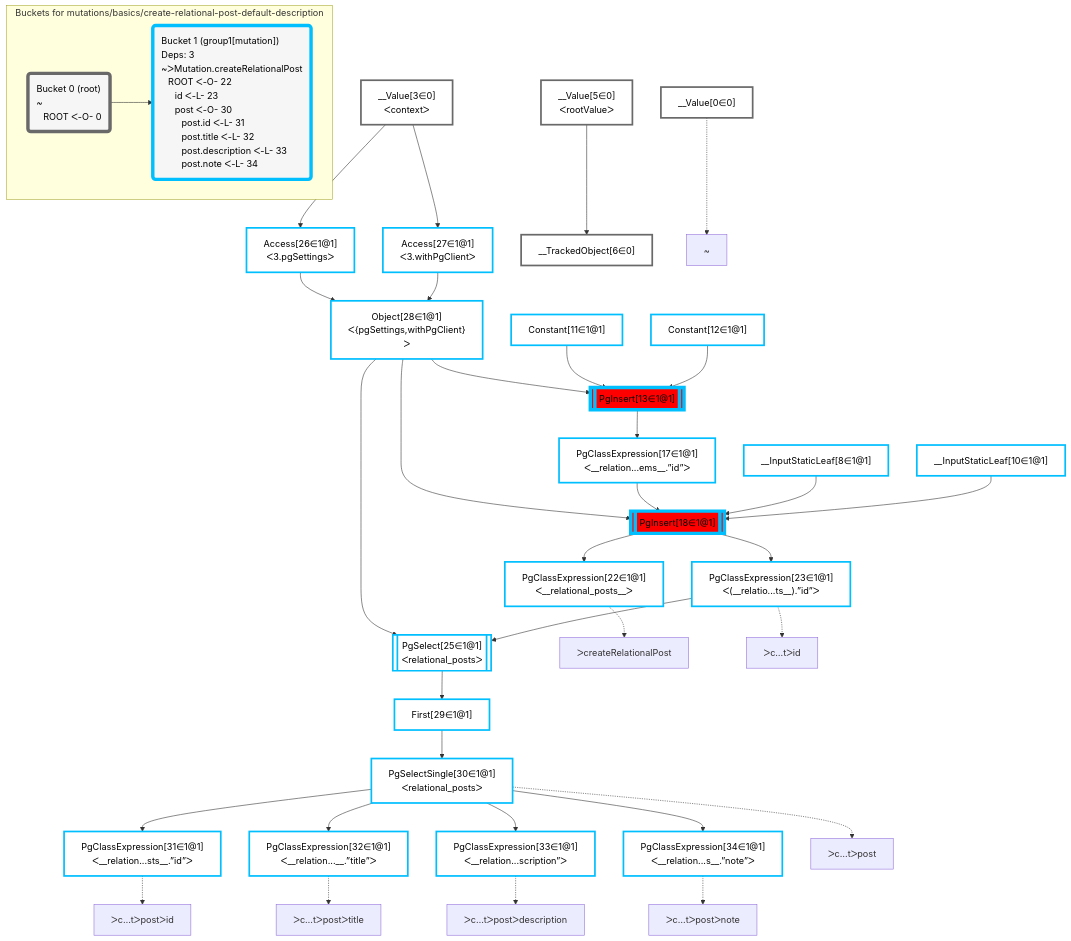
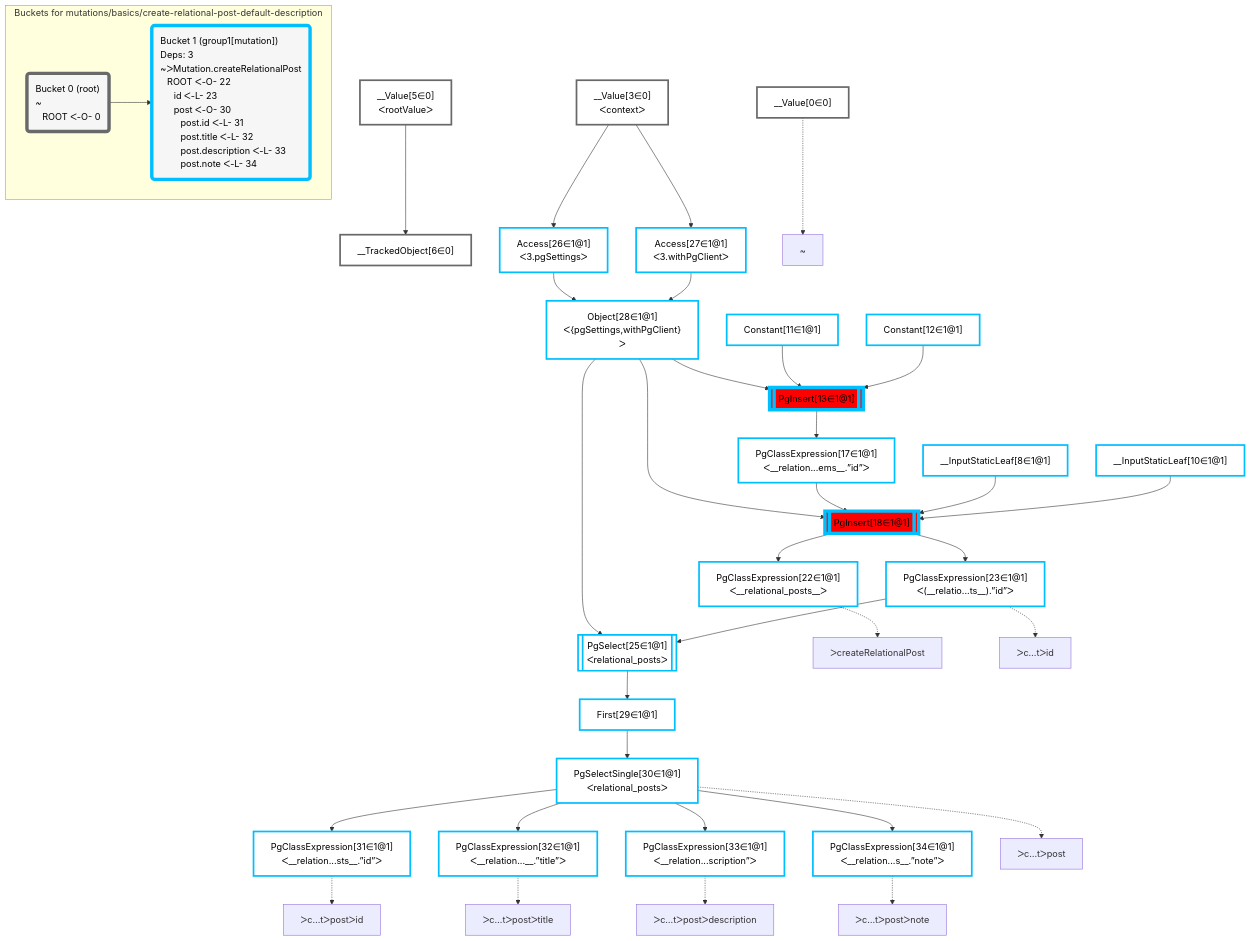
Before and after one commit to graphile/crystal: the diagram in packages/dataplan-pg/__tests__/mutations/basics/create-relational-post-default-description.mermaid.md, drawn with Mermaid. The commit also changed other lines of this file and 195 other files, not shown here.

Commit message:
Reorder graphs

````diff
--- a/packages/dataplan-pg/__tests__/mutations/basics/create-relational-post-default-description.mermaid.md
+++ b/packages/dataplan-pg/__tests__/mutations/basics/create-relational-post-default-description.mermaid.md
@@ -1,80 +1,80 @@
 ```mermaid
 graph TD
     classDef path fill:#eee,stroke:#000,color:#000
     classDef plan fill:#fff,stroke-width:3px,color:#000
     classDef itemplan fill:#fff,stroke-width:6px,color:#000
     classDef sideeffectplan fill:#f00,stroke-width:6px,color:#000
     classDef bucket fill:#f6f6f6,color:#000,stroke-width:6px,text-align:left
 
 
     %% define plans
     __Value0["__Value[0∈0]"]:::plan
+    __Value3["__Value[3∈0]<br />ᐸcontextᐳ"]:::plan
+    __Value5["__Value[5∈0]<br />ᐸrootValueᐳ"]:::plan
+    __TrackedObject6["__TrackedObject[6∈0]"]:::plan
+    __InputStaticLeaf8["__InputStaticLeaf[8∈1@1]"]:::plan
+    __InputStaticLeaf10["__InputStaticLeaf[10∈1@1]"]:::plan
+    Constant11["Constant[11∈1@1]"]:::plan
+    Constant12["Constant[12∈1@1]"]:::plan
+    Access26["Access[26∈1@1]<br />ᐸ3.pgSettingsᐳ"]:::plan
+    Access27["Access[27∈1@1]<br />ᐸ3.withPgClientᐳ"]:::plan
+    Object28["Object[28∈1@1]<br />ᐸ{pgSettings,withPgClient}ᐳ"]:::plan
+    PgInsert13[["PgInsert[13∈1@1]"]]:::sideeffectplan
+    PgClassExpression17["PgClassExpression[17∈1@1]<br />ᐸ__relation...ems__.”id”ᐳ"]:::plan
+    PgInsert18[["PgInsert[18∈1@1]"]]:::sideeffectplan
     PgClassExpression22["PgClassExpression[22∈1@1]<br />ᐸ__relational_posts__ᐳ"]:::plan
+    PgClassExpression23["PgClassExpression[23∈1@1]<br />ᐸ(__relatio...ts__).”id”ᐳ"]:::plan
+    PgSelect25[["PgSelect[25∈1@1]<br />ᐸrelational_postsᐳ"]]:::plan
+    First29["First[29∈1@1]"]:::plan
+    PgSelectSingle30["PgSelectSingle[30∈1@1]<br />ᐸrelational_postsᐳ"]:::plan
     PgClassExpression31["PgClassExpression[31∈1@1]<br />ᐸ__relation...sts__.”id”ᐳ"]:::plan
     PgClassExpression32["PgClassExpression[32∈1@1]<br />ᐸ__relation...__.”title”ᐳ"]:::plan
     PgClassExpression33["PgClassExpression[33∈1@1]<br />ᐸ__relation...scription”ᐳ"]:::plan
     PgClassExpression34["PgClassExpression[34∈1@1]<br />ᐸ__relation...s__.”note”ᐳ"]:::plan
-    PgSelectSingle30["PgSelectSingle[30∈1@1]<br />ᐸrelational_postsᐳ"]:::plan
-    First29["First[29∈1@1]"]:::plan
-    PgSelect25[["PgSelect[25∈1@1]<br />ᐸrelational_postsᐳ"]]:::plan
-    PgClassExpression23["PgClassExpression[23∈1@1]<br />ᐸ(__relatio...ts__).”id”ᐳ"]:::plan
-    PgInsert18[["PgInsert[18∈1@1]"]]:::sideeffectplan
-    PgClassExpression17["PgClassExpression[17∈1@1]<br />ᐸ__relation...ems__.”id”ᐳ"]:::plan
-    PgInsert13[["PgInsert[13∈1@1]"]]:::sideeffectplan
-    Object28["Object[28∈1@1]<br />ᐸ{pgSettings,withPgClient}ᐳ"]:::plan
-    Access26["Access[26∈1@1]<br />ᐸ3.pgSettingsᐳ"]:::plan
-    Access27["Access[27∈1@1]<br />ᐸ3.withPgClientᐳ"]:::plan
-    __Value3["__Value[3∈0]<br />ᐸcontextᐳ"]:::plan
-    __TrackedObject6["__TrackedObject[6∈0]"]:::plan
-    __Value5["__Value[5∈0]<br />ᐸrootValueᐳ"]:::plan
-    __InputStaticLeaf8["__InputStaticLeaf[8∈1@1]"]:::plan
-    __InputStaticLeaf10["__InputStaticLeaf[10∈1@1]"]:::plan
-    Constant11["Constant[11∈1@1]"]:::plan
-    Constant12["Constant[12∈1@1]"]:::plan
 
     %% plan dependencies
+    __Value5 --> __TrackedObject6
+    __Value3 --> Access26
+    __Value3 --> Access27
+    Access26 & Access27 --> Object28
+    Object28 & Constant11 & Constant12 --> PgInsert13
+    PgInsert13 --> PgClassExpression17
+    Object28 & PgClassExpression17 & __InputStaticLeaf8 & __InputStaticLeaf10 --> PgInsert18
     PgInsert18 --> PgClassExpression22
+    PgInsert18 --> PgClassExpression23
+    Object28 & PgClassExpression23 --> PgSelect25
+    PgSelect25 --> First29
+    First29 --> PgSelectSingle30
     PgSelectSingle30 --> PgClassExpression31
     PgSelectSingle30 --> PgClassExpression32
     PgSelectSingle30 --> PgClassExpression33
     PgSelectSingle30 --> PgClassExpression34
-    First29 --> PgSelectSingle30
-    PgSelect25 --> First29
-    Object28 & PgClassExpression23 --> PgSelect25
-    PgInsert18 --> PgClassExpression23
-    Object28 & PgClassExpression17 & __InputStaticLeaf8 & __InputStaticLeaf10 --> PgInsert18
-    PgInsert13 --> PgClassExpression17
-    Object28 & Constant11 & Constant12 --> PgInsert13
-    Access26 & Access27 --> Object28
-    __Value3 --> Access26
-    __Value3 --> Access27
-    __Value5 --> __TrackedObject6
 
     %% plan-to-path relationships
     P0["~"]
     __Value0 -.-> P0
     P22["ᐳcreateRelationalPost"]
     PgClassExpression22 -.-> P22
     P23["ᐳc…tᐳid"]
     PgClassExpression23 -.-> P23
     P30["ᐳc…tᐳpost"]
     PgSelectSingle30 -.-> P30
     P31["ᐳc…tᐳpostᐳid"]
     PgClassExpression31 -.-> P31
     P32["ᐳc…tᐳpostᐳtitle"]
     PgClassExpression32 -.-> P32
     P33["ᐳc…tᐳpostᐳdescription"]
     PgClassExpression33 -.-> P33
     P34["ᐳc…tᐳpostᐳnote"]
     PgClassExpression34 -.-> P34
 
     subgraph "Buckets for mutations/basics/create-relational-post-default-description"
     Bucket0("Bucket 0 (root)<br />~<br />⠀ROOT ᐸ-O- 0"):::bucket
     classDef bucket0 stroke:#696969
     class Bucket0,__Value0,__Value3,__Value5,__TrackedObject6 bucket0
     Bucket1("Bucket 1 (group1[mutation])<br />Deps: 3<br />~ᐳMutation.createRelationalPost<br />⠀ROOT ᐸ-O- 22<br />⠀⠀id ᐸ-L- 23<br />⠀⠀post ᐸ-O- 30<br />⠀⠀⠀post.id ᐸ-L- 31<br />⠀⠀⠀post.title ᐸ-L- 32<br />⠀⠀⠀post.description ᐸ-L- 33<br />⠀⠀⠀post.note ᐸ-L- 34"):::bucket
     classDef bucket1 stroke:#00bfff
     class Bucket1,__InputStaticLeaf8,__InputStaticLeaf10,Constant11,Constant12,PgInsert13,PgClassExpression17,PgInsert18,PgClassExpression22,PgClassExpression23,PgSelect25,Access26,Access27,Object28,First29,PgSelectSingle30,PgClassExpression31,PgClassExpression32,PgClassExpression33,PgClassExpression34 bucket1
     Bucket0 --> Bucket1
     end
 ```
````
